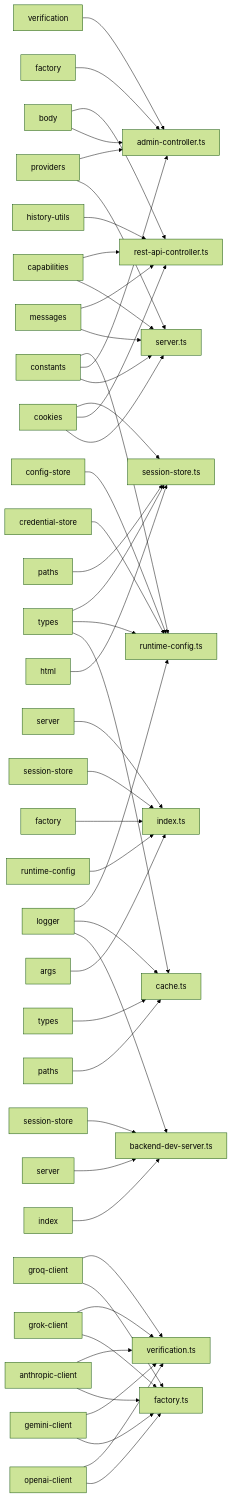
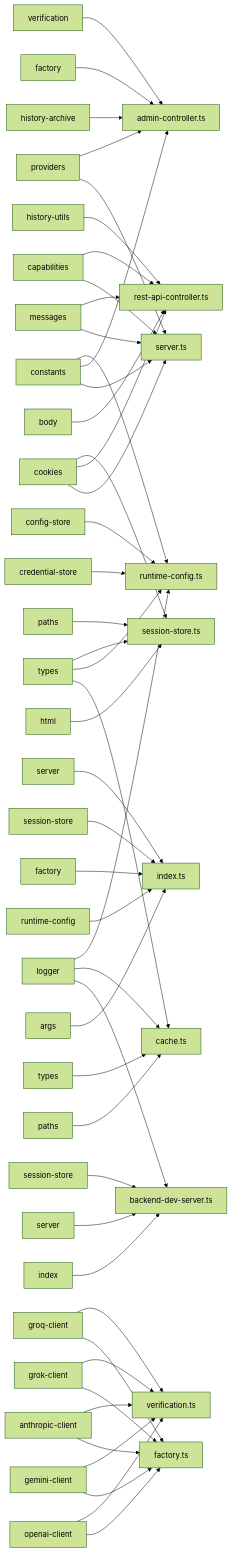
One commit to gerkensm/vaporvibe changed the second of 2 diagrams in .agent/rules/CODEBASE_MAP-part1.md. Above: the diagram before and after it, drawn with Mermaid (forest theme). The commit also changed other lines of this file and 25 other files, not shown here.

````diff
--- a/.agent/rules/CODEBASE_MAP-part1.md
+++ b/.agent/rules/CODEBASE_MAP-part1.md
@@ -111,60 +112,60 @@
 ```mermaid
 graph LR
   server_server_ts["server.ts"]
   ___constants_js["constants"] --> server_server_ts
   ___constants_providers_js["providers"] --> server_server_ts
   ___llm_messages_js["messages"] --> server_server_ts
   ___llm_capabilities_js["capabilities"] --> server_server_ts
   ___utils_cookies_js["cookies"] --> server_server_ts
   server_admin_controller_ts["admin-controller.ts"]
   ___constants_js["constants"] --> server_admin_controller_ts
   ___constants_providers_js["providers"] --> server_admin_controller_ts
+  ___utils_history_archive_js["history-archive"] --> server_admin_controller_ts
   ___llm_factory_js["factory"] --> server_admin_controller_ts
   ___llm_verification_js["verification"] --> server_admin_controller_ts
-  ___utils_body_js["body"] --> server_admin_controller_ts
   server_rest_api_controller_ts["rest-api-controller.ts"]
   ___llm_capabilities_js["capabilities"] --> server_rest_api_controller_ts
   ___llm_messages_js["messages"] --> server_rest_api_controller_ts
   ___utils_cookies_js["cookies"] --> server_rest_api_controller_ts
   ___utils_body_js["body"] --> server_rest_api_controller_ts
   __history_utils_js["history-utils"] --> server_rest_api_controller_ts
   index_ts["index.ts"]
   __cli_args_js["args"] --> index_ts
   __config_runtime_config_js["runtime-config"] --> index_ts
   __llm_factory_js["factory"] --> index_ts
   __server_session_store_js["session-store"] --> index_ts
   __server_server_js["server"] --> index_ts
   dev_backend_dev_server_ts["backend-dev-server.ts"]
   ___logger_js["logger"] --> dev_backend_dev_server_ts
   ___index_js["index"] --> dev_backend_dev_server_ts
   ___server_server_js["server"] --> dev_backend_dev_server_ts
   ___server_session_store_js["session-store"] --> dev_backend_dev_server_ts
   image_gen_cache_ts["cache.ts"]
   ___logger_js["logger"] --> image_gen_cache_ts
   __paths_js["paths"] --> image_gen_cache_ts
   __types_js["types"] --> image_gen_cache_ts
   ___types_js["types"] --> image_gen_cache_ts
   llm_factory_ts["factory.ts"]
   __openai_client_js["openai-client"] --> llm_factory_ts
   __gemini_client_js["gemini-client"] --> llm_factory_ts
   __anthropic_client_js["anthropic-client"] --> llm_factory_ts
   __grok_client_js["grok-client"] --> llm_factory_ts
   __groq_client_js["groq-client"] --> llm_factory_ts
   config_runtime_config_ts["runtime-config.ts"]
   ___constants_js["constants"] --> config_runtime_config_ts
   ___utils_credential_store_js["credential-store"] --> config_runtime_config_ts
   ___utils_config_store_js["config-store"] --> config_runtime_config_ts
   ___logger_js["logger"] --> config_runtime_config_ts
   ___types_js["types"] --> config_runtime_config_ts
   llm_verification_ts["verification.ts"]
   __openai_client_js["openai-client"] --> llm_verification_ts
   __gemini_client_js["gemini-client"] --> llm_verification_ts
   __anthropic_client_js["anthropic-client"] --> llm_verification_ts
   __grok_client_js["grok-client"] --> llm_verification_ts
   __groq_client_js["groq-client"] --> llm_verification_ts
   server_session_store_ts["session-store.ts"]
   ___utils_cookies_js["cookies"] --> server_session_store_ts
   ___utils_html_js["html"] --> server_session_store_ts
   ___image_gen_paths_js["paths"] --> server_session_store_ts
   ___types_js["types"] --> server_session_store_ts
 ```
````
